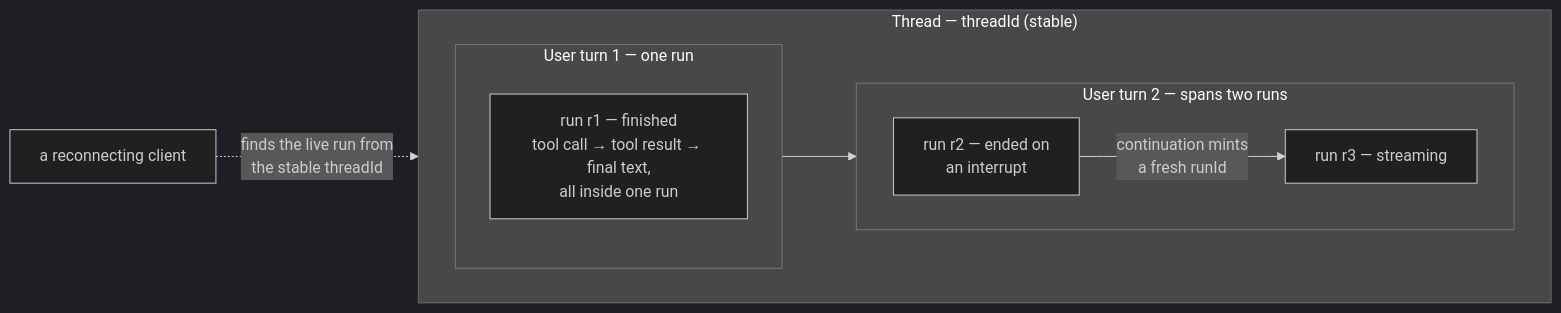
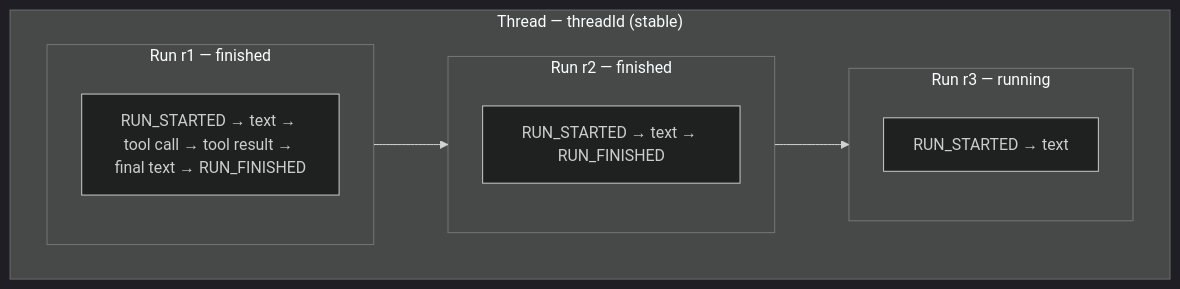
The diagram in docs/chat/streaming.md (TanStack/ai), drawn with Mermaid (dark theme) before and after one commit. The commit also changed other lines of this file and 4 other files, not shown here.

First line of the commit message:
docs: narrow streaming guide to threads and runs, cross-link from persistence

````diff
--- a/docs/chat/streaming.md
+++ b/docs/chat/streaming.md
@@ -107,19 +106,19 @@
 ```mermaid
 flowchart LR
     subgraph thread ["Thread — threadId (stable)"]
         direction LR
-        subgraph turn1 ["User turn 1 — one run"]
-            run1["run r1 — finished
-tool call → tool result → final text,
-all inside one run"]
+        subgraph r1 ["Run r1 — finished"]
+            direction TB
+            e1["RUN_STARTED → text → tool call → tool result → final text → RUN_FINISHED"]
         end
-        subgraph turn2 ["User turn 2 — spans two runs"]
-            run2["run r2 — ended on
-an interrupt"] -->|"continuation mints
-a fresh runId"| run3["run r3 — streaming"]
+        subgraph r2 ["Run r2 — finished"]
+            direction TB
+            e2["RUN_STARTED → text → RUN_FINISHED"]
         end
-        turn1 --> turn2
+        subgraph r3 ["Run r3 — running"]
+            direction TB
+            e3["RUN_STARTED → text"]
+        end
+        r1 --> r2 --> r3
     end
-    reconnect["a reconnecting client"] -.->|"finds the live run from
-the stable threadId"| run3
 ```
````
